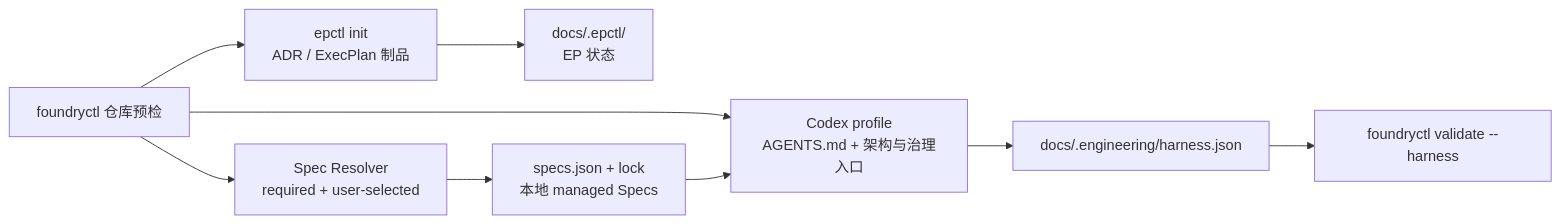
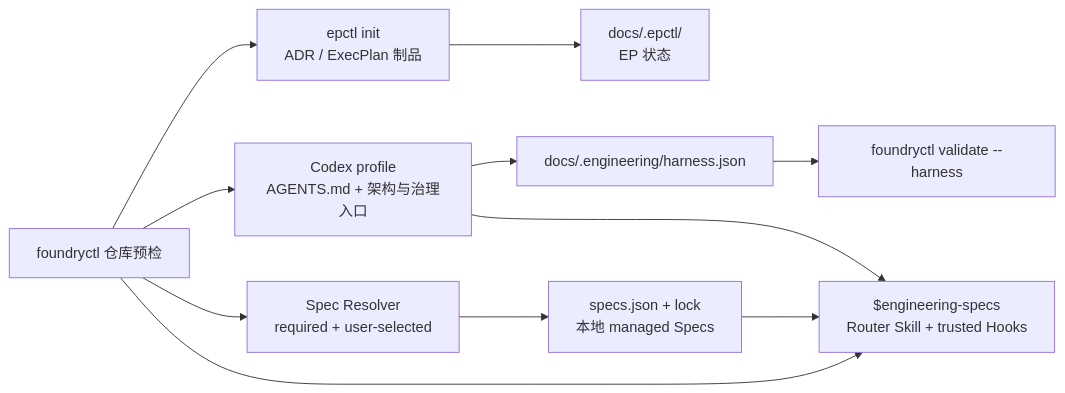
The first of 2 diagrams in references/bootstrap.md (XiaoWeiKIN/RepoFoundryAI), drawn with Mermaid before and after one commit. The commit also changed other lines of this file and 25 other files, not shown here.

````diff
--- a/references/bootstrap.md
+++ b/references/bootstrap.md
@@ -9,11 +9,13 @@
 ```mermaid
 flowchart LR
     P["foundryctl 仓库预检"] --> I["epctl init<br/>ADR / ExecPlan 制品"]
     P --> C["Codex profile<br/>AGENTS.md + 架构与治理入口"]
     P --> S["Spec Resolver<br/>required + user-selected"]
+    P --> R["$engineering-specs<br/>Router Skill + trusted Hooks"]
     I --> E["docs/.epctl/<br/>EP 状态"]
     C --> M["docs/.engineering/harness.json"]
     S --> L["specs.json + lock<br/>本地 managed Specs"]
-    L --> C
+    L --> R
+    C --> R
     M --> V["foundryctl validate --harness"]
 ```
````
